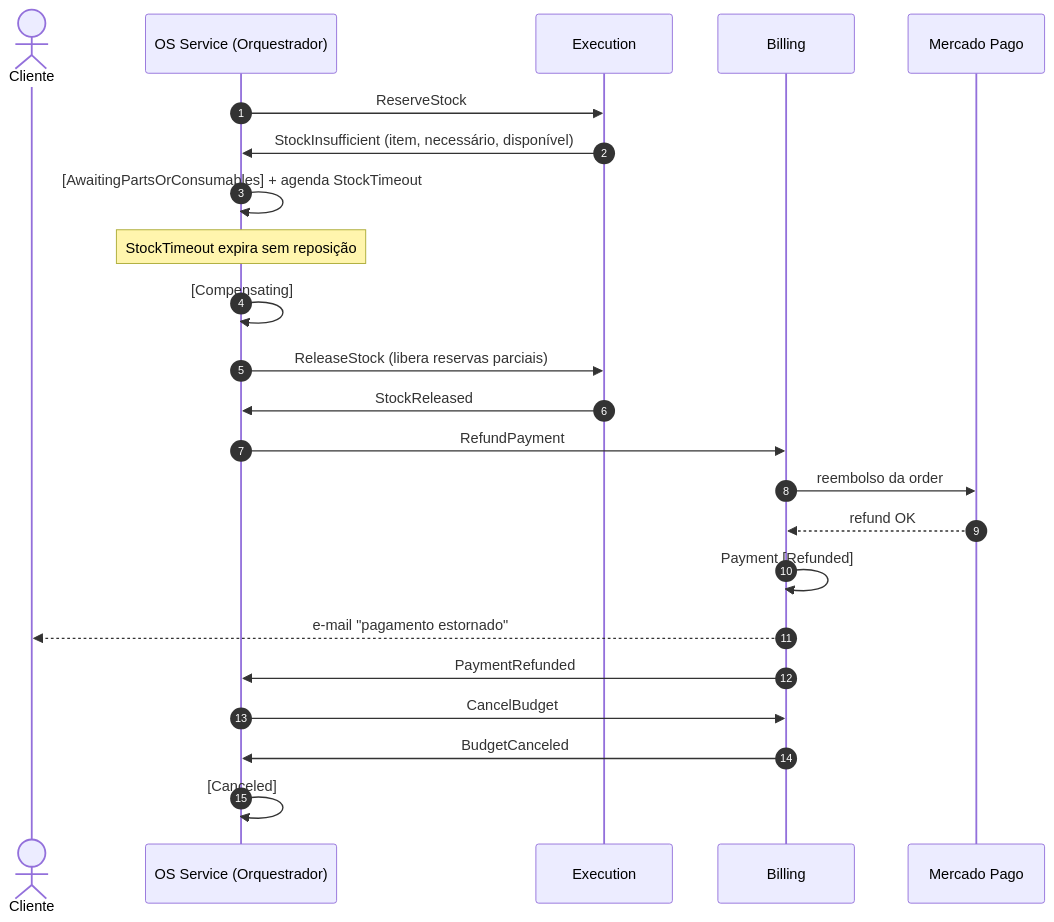
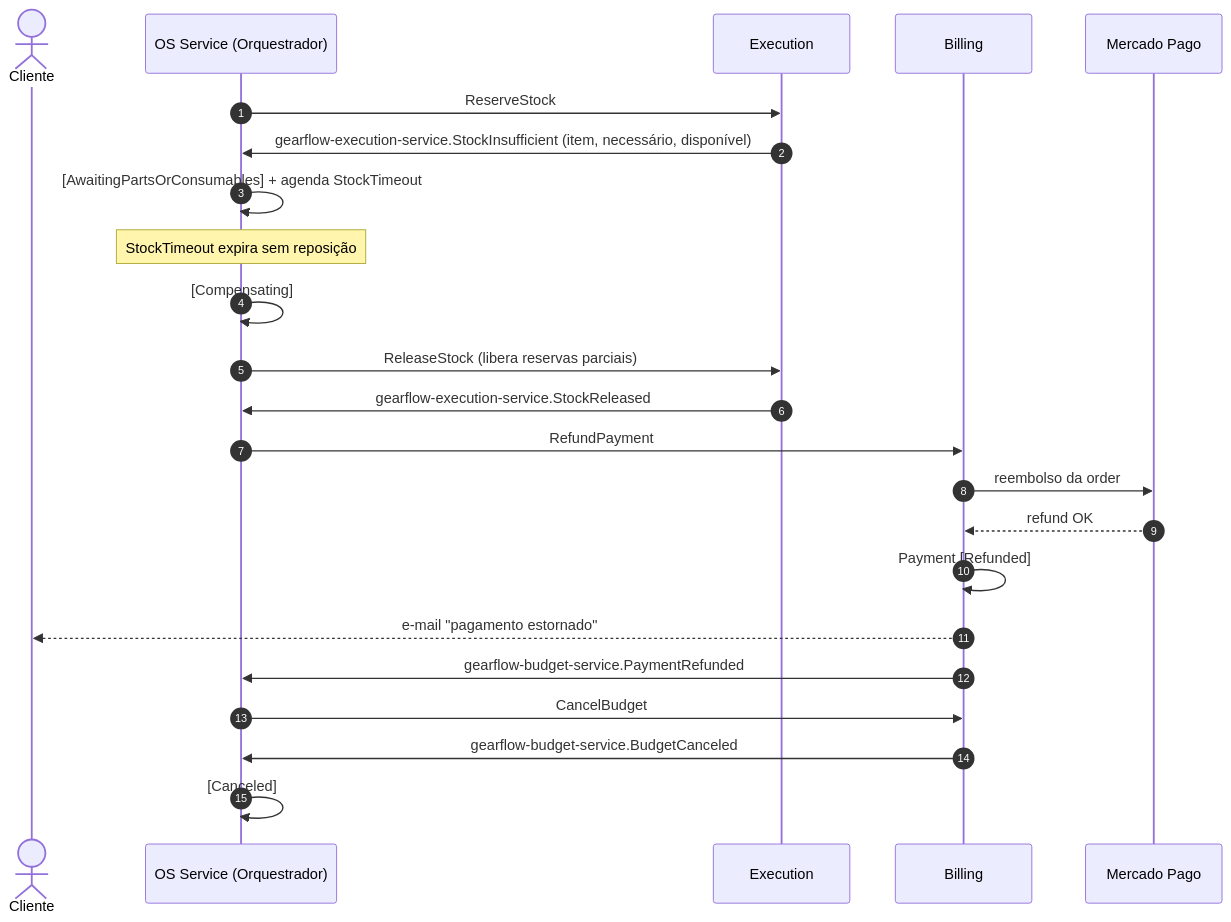
One commit to Gearflow-Fiap/gearflow-budget-service changed the fifth of 5 diagrams in docs/fluxo-saga.md. Above: the diagram before and after it, drawn with Mermaid. The commit also changed other lines of this file and 29 other files, not shown here.

Commit message:
docs: document billing architecture, mock flow and validation evidence

````diff
--- a/docs/fluxo-saga.md
+++ b/docs/fluxo-saga.md
@@ -183,26 +185,26 @@
 ```mermaid
 sequenceDiagram
     autonumber
     actor Cliente
     participant OS as OS Service (Orquestrador)
     participant EX as Execution
     participant BI as Billing
     participant MP as Mercado Pago
 
     OS->>EX: ReserveStock
-    EX->>OS: StockInsufficient (item, necessário, disponível)
+    EX->>OS: gearflow-execution-service.StockInsufficient (item, necessário, disponível)
     OS->>OS: [AwaitingPartsOrConsumables] + agenda StockTimeout
     Note over OS: StockTimeout expira sem reposição
     OS->>OS: [Compensating]
     OS->>EX: ReleaseStock (libera reservas parciais)
-    EX->>OS: StockReleased
+    EX->>OS: gearflow-execution-service.StockReleased
     OS->>BI: RefundPayment
     BI->>MP: reembolso da order
     MP-->>BI: refund OK
     BI->>BI: Payment [Refunded]
     BI-->>Cliente: e-mail "pagamento estornado"
-    BI->>OS: PaymentRefunded
+    BI->>OS: gearflow-budget-service.PaymentRefunded
     OS->>BI: CancelBudget
-    BI->>OS: BudgetCanceled
+    BI->>OS: gearflow-budget-service.BudgetCanceled
     OS->>OS: [Canceled]
 ```
````
